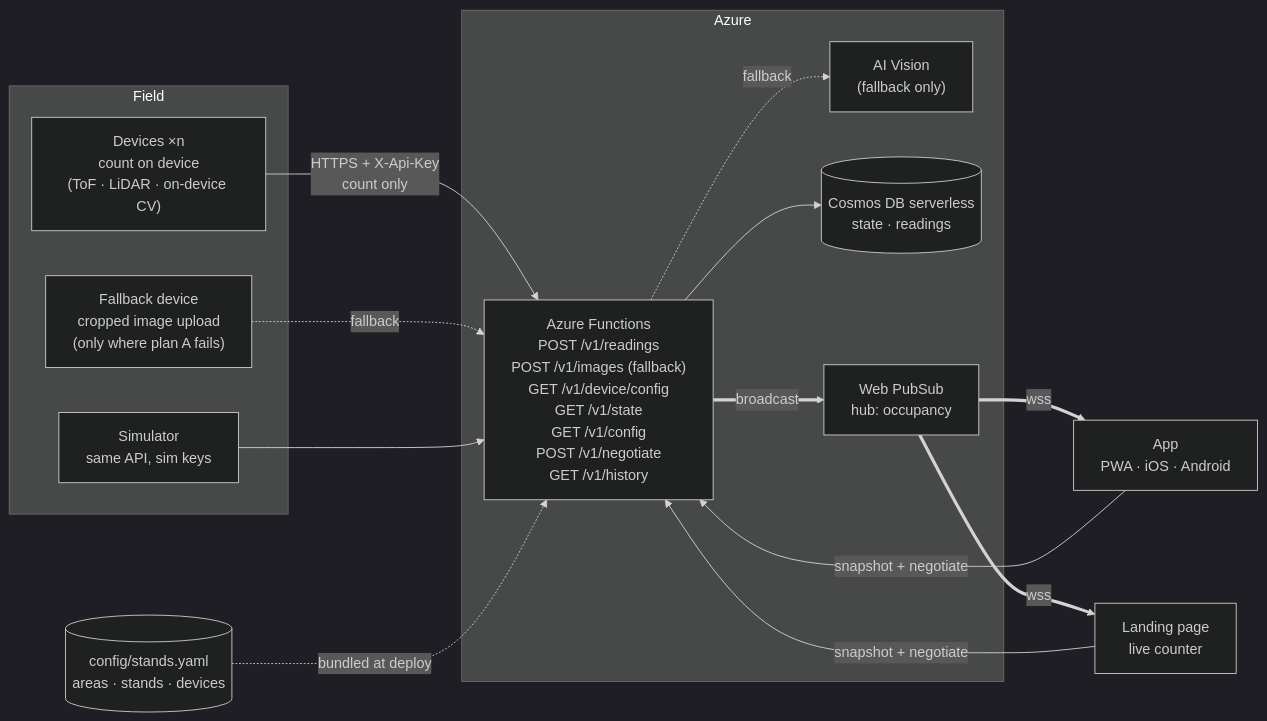
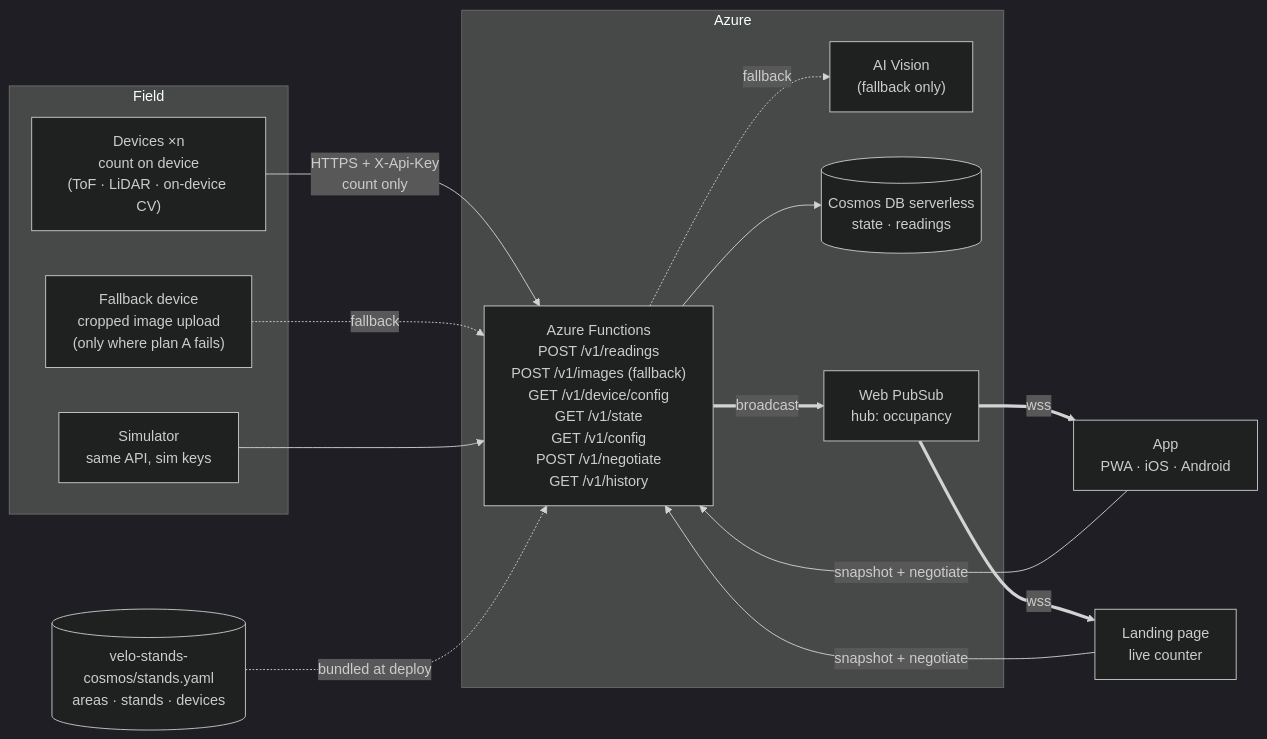
One commit to The-Booligans/slotinvaders changed the first of 2 diagrams in documentation/architecture.md. Above: the diagram before and after it, drawn with Mermaid (dark theme). The commit also changed other lines of this file and 8 other files, not shown here.

First line of the commit message:
🔨 refactor: drop duplicate common/config/stands.yaml, point everything at the Cosmos copy

````diff
--- a/documentation/architecture.md
+++ b/documentation/architecture.md
@@ -42,29 +42,29 @@
 ```mermaid
 flowchart LR
   subgraph Field
     D["Devices ×n<br/>count on device<br/>(ToF · LiDAR · on-device CV)"]
     DF["Fallback device<br/>cropped image upload<br/>(only where plan A fails)"]
     S["Simulator<br/>same API, sim keys"]
   end
-  C[("config/stands.yaml<br/>areas · stands · devices")]
+  C[("velo-stands-cosmos/stands.yaml<br/>areas · stands · devices")]
   subgraph Azure
     F["Azure Functions<br/>POST /v1/readings<br/>POST /v1/images (fallback)<br/>GET /v1/device/config<br/>GET /v1/state<br/>GET /v1/config<br/>POST /v1/negotiate<br/>GET /v1/history"]
     V["AI Vision<br/>(fallback only)"]
     DB[("Cosmos DB serverless<br/>state · readings")]
     P["Web PubSub<br/>hub: occupancy"]
   end
   A["App<br/>PWA · iOS · Android"]
   L["Landing page<br/>live counter"]
 
   D -- "HTTPS + X-Api-Key<br/>count only" --> F
   DF -. fallback .-> F
   S --> F
   C -. bundled at deploy .-> F
   F -. fallback .-> V
   F --> DB
   F == broadcast ==> P
   P == wss ==> A
   P == wss ==> L
   A -- "snapshot + negotiate" --> F
   L -- "snapshot + negotiate" --> F
 ```
````
